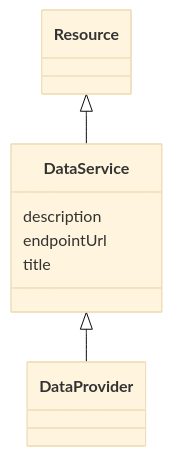
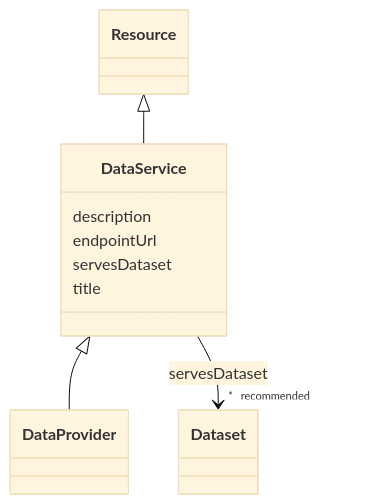
Before and after one commit to EVORA-project/evora-ontology: the diagram in models/docs/DataService.md, drawn with Mermaid (base theme). The commit also changed other lines of this file and 232 other files, not shown here.

````diff
--- a/models/docs/DataService.md
+++ b/models/docs/DataService.md
@@ -21,20 +21,29 @@
 ```mermaid
  classDiagram
     class DataService
     click DataService href "../DataService"
       Resource <|-- DataService
         click Resource href "../Resource"
       
 
       DataService <|-- DataProvider
         click DataProvider href "../DataProvider"
       
       
       DataService : description
         
       DataService : endpointUrl
         
+      DataService : servesDataset
+        
+          
+    
+    
+    DataService --> "* _recommended_" Dataset : servesDataset
+    click Dataset href "../Dataset"
+
+        
       DataService : title
         
       
 ```
````
